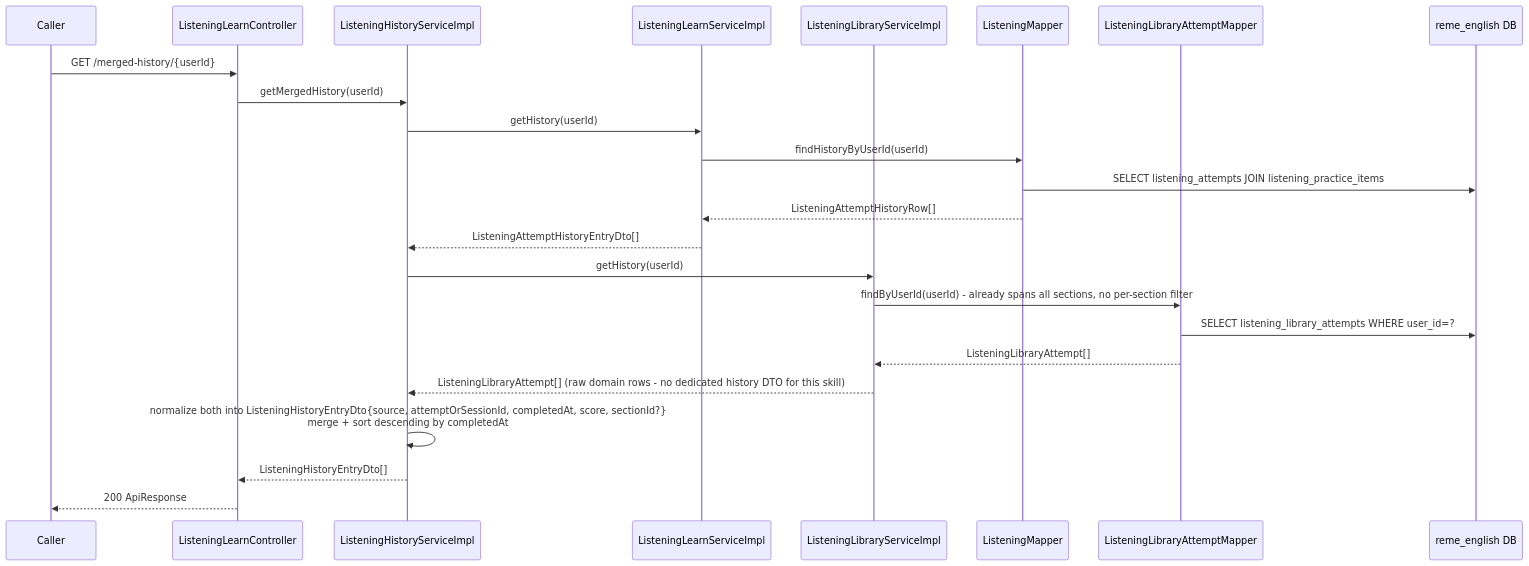
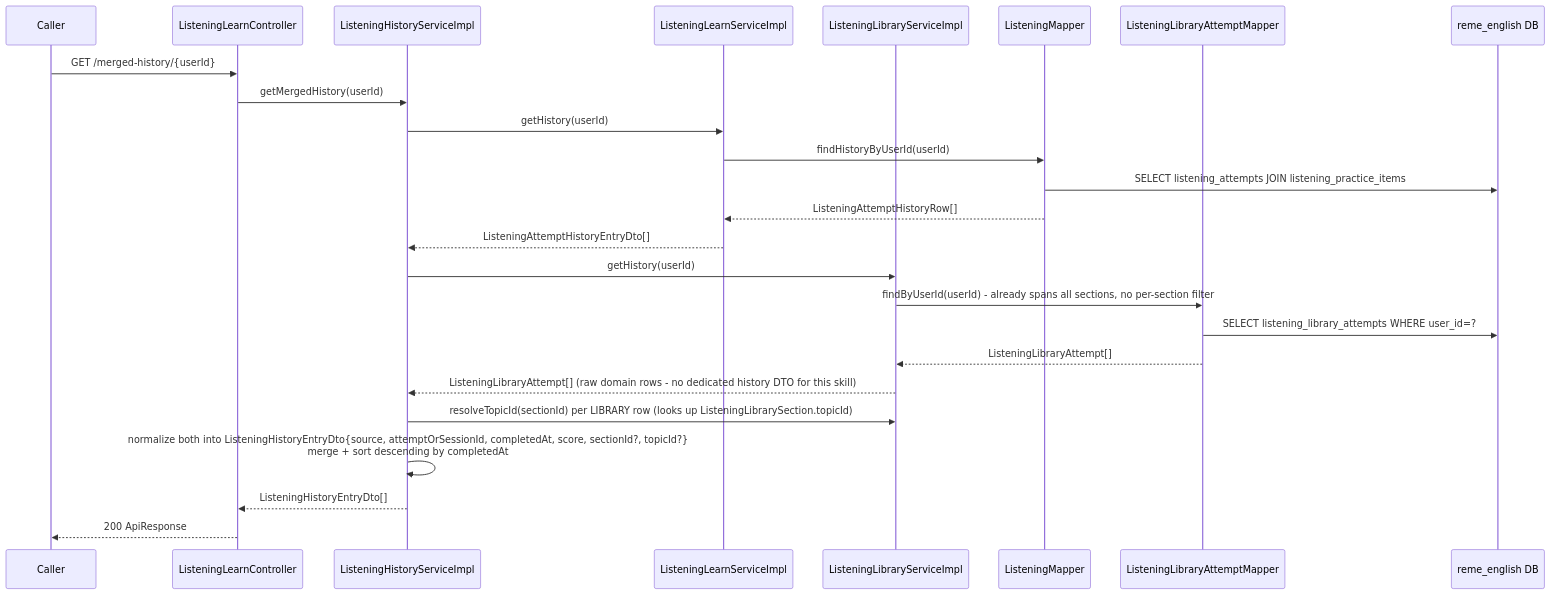
One commit to CuongNguyen13/RemeLearning changed the fourth of 4 diagrams in docs/sequence/English_service/listening-learn.md. Above: the diagram before and after it, drawn with Mermaid. The commit also changed 19 other files, not shown here.

First line of the commit message:
feat(english-service,bff-service): resolve topicId for listening/speaking library history rows

````diff
--- a/docs/sequence/English_service/listening-learn.md
+++ b/docs/sequence/English_service/listening-learn.md
@@ -168,27 +168,28 @@
 ```mermaid
 sequenceDiagram
     participant Caller
     participant Ctrl as ListeningLearnController
     participant HSvc as ListeningHistoryServiceImpl
     participant LearnSvc as ListeningLearnServiceImpl
     participant LibSvc as ListeningLibraryServiceImpl
     participant LMapper as ListeningMapper
     participant AMapper as ListeningLibraryAttemptMapper
     participant DB as reme_english DB
 
     Caller->>Ctrl: GET /merged-history/{userId}
     Ctrl->>HSvc: getMergedHistory(userId)
     HSvc->>LearnSvc: getHistory(userId)
     LearnSvc->>LMapper: findHistoryByUserId(userId)
     LMapper->>DB: SELECT listening_attempts JOIN listening_practice_items
     LMapper-->>LearnSvc: ListeningAttemptHistoryRow[]
     LearnSvc-->>HSvc: ListeningAttemptHistoryEntryDto[]
     HSvc->>LibSvc: getHistory(userId)
     LibSvc->>AMapper: findByUserId(userId) - already spans all sections, no per-section filter
     AMapper->>DB: SELECT listening_library_attempts WHERE user_id=?
     AMapper-->>LibSvc: ListeningLibraryAttempt[]
     LibSvc-->>HSvc: ListeningLibraryAttempt[] (raw domain rows - no dedicated history DTO for this skill)
-    HSvc->>HSvc: normalize both into ListeningHistoryEntryDto{source, attemptOrSessionId, completedAt, score, sectionId?}<br/>merge + sort descending by completedAt
+    HSvc->>LibSvc: resolveTopicId(sectionId) per LIBRARY row (looks up ListeningLibrarySection.topicId)
+    HSvc->>HSvc: normalize both into ListeningHistoryEntryDto{source, attemptOrSessionId, completedAt, score, sectionId?, topicId?}<br/>merge + sort descending by completedAt
     HSvc-->>Ctrl: ListeningHistoryEntryDto[]
     Ctrl-->>Caller: 200 ApiResponse
 ```
````
